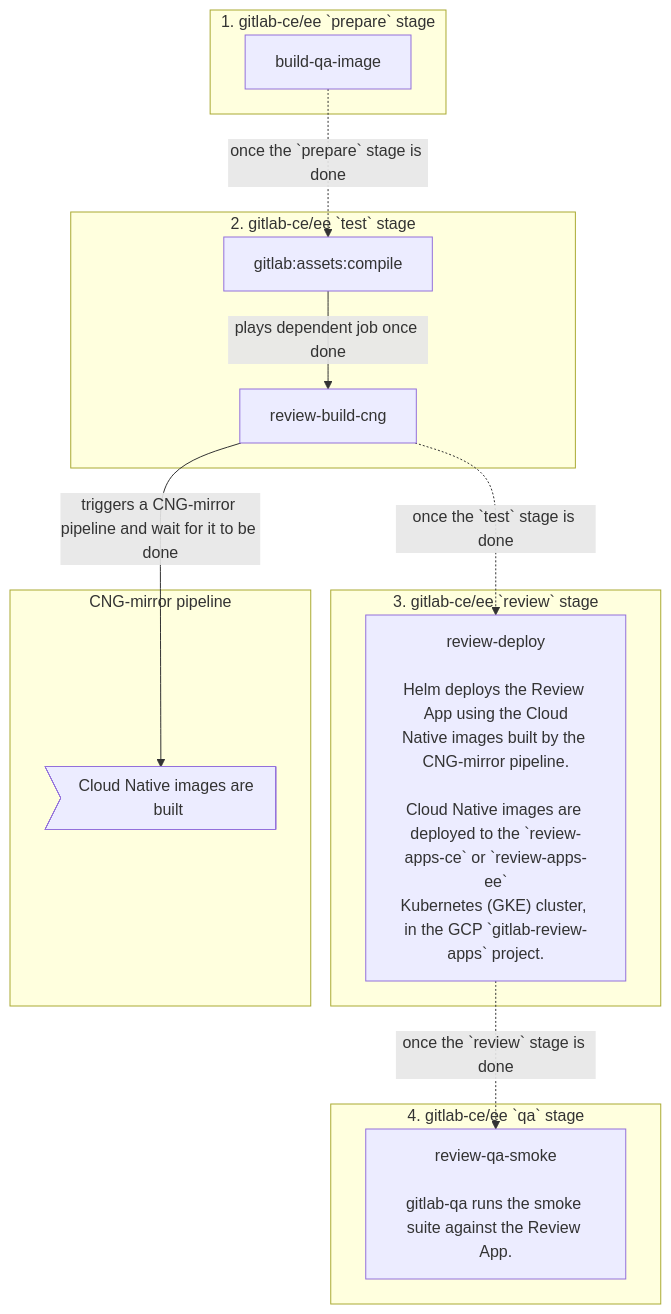
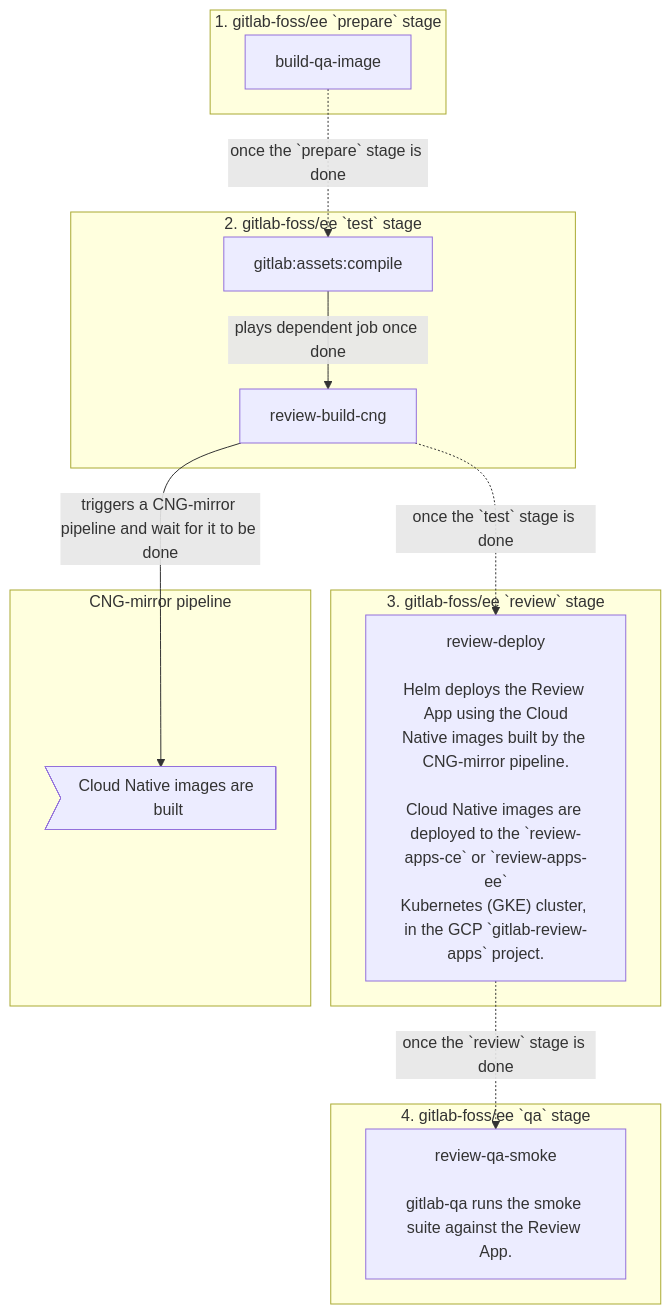
One commit to mehulagg/gitlab_test changed the diagram in doc/development/testing_guide/review_apps.md. Above: the diagram before and after it, drawn with Mermaid. The commit also changed other lines of this file and 862 other files, not shown here.

````diff
--- a/doc/development/testing_guide/review_apps.md
+++ b/doc/development/testing_guide/review_apps.md
@@ -11,27 +11,27 @@
 ```mermaid
 graph TD
     build-qa-image -.->|once the `prepare` stage is done| gitlab:assets:compile
     review-build-cng -->|triggers a CNG-mirror pipeline and wait for it to be done| CNG-mirror
     review-build-cng -.->|once the `test` stage is done| review-deploy
     review-deploy -.->|once the `review` stage is done| review-qa-smoke
 
-subgraph "1. gitlab-ce/ee `prepare` stage"
+subgraph "1. gitlab-foss/ee `prepare` stage"
     build-qa-image
     end
 
-subgraph "2. gitlab-ce/ee `test` stage"
+subgraph "2. gitlab-foss/ee `test` stage"
     gitlab:assets:compile -->|plays dependent job once done| review-build-cng
     end
 
-subgraph "3. gitlab-ce/ee `review` stage"
+subgraph "3. gitlab-foss/ee `review` stage"
     review-deploy["review-deploy<br><br>Helm deploys the Review App using the Cloud<br/>Native images built by the CNG-mirror pipeline.<br><br>Cloud Native images are deployed to the `review-apps-ce` or `review-apps-ee`<br>Kubernetes (GKE) cluster, in the GCP `gitlab-review-apps` project."]
     end
 
-subgraph "4. gitlab-ce/ee `qa` stage"
+subgraph "4. gitlab-foss/ee `qa` stage"
     review-qa-smoke[review-qa-smoke<br><br>gitlab-qa runs the smoke suite against the Review App.]
     end
 
 subgraph "CNG-mirror pipeline"
     CNG-mirror>Cloud Native images are built];
     end
 ```
````
